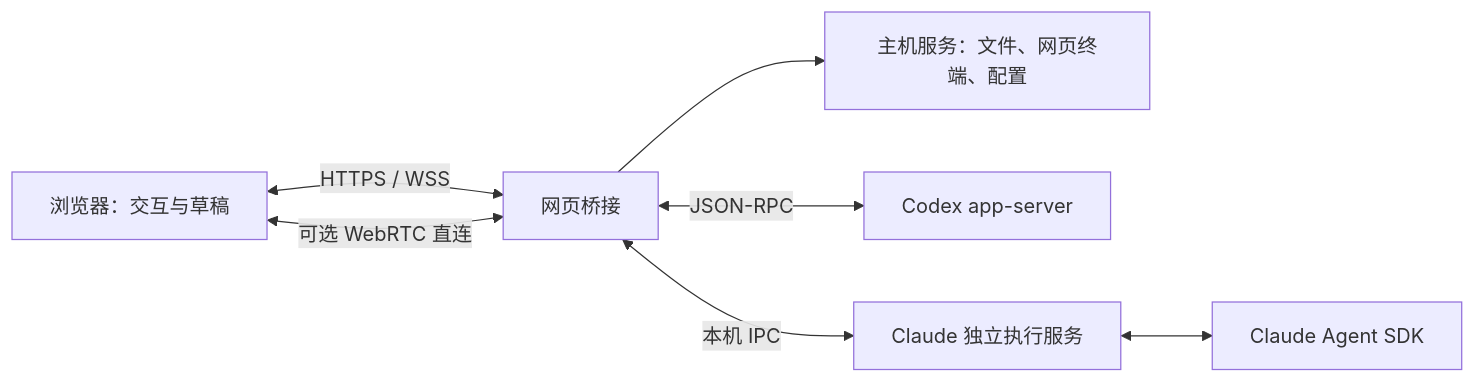
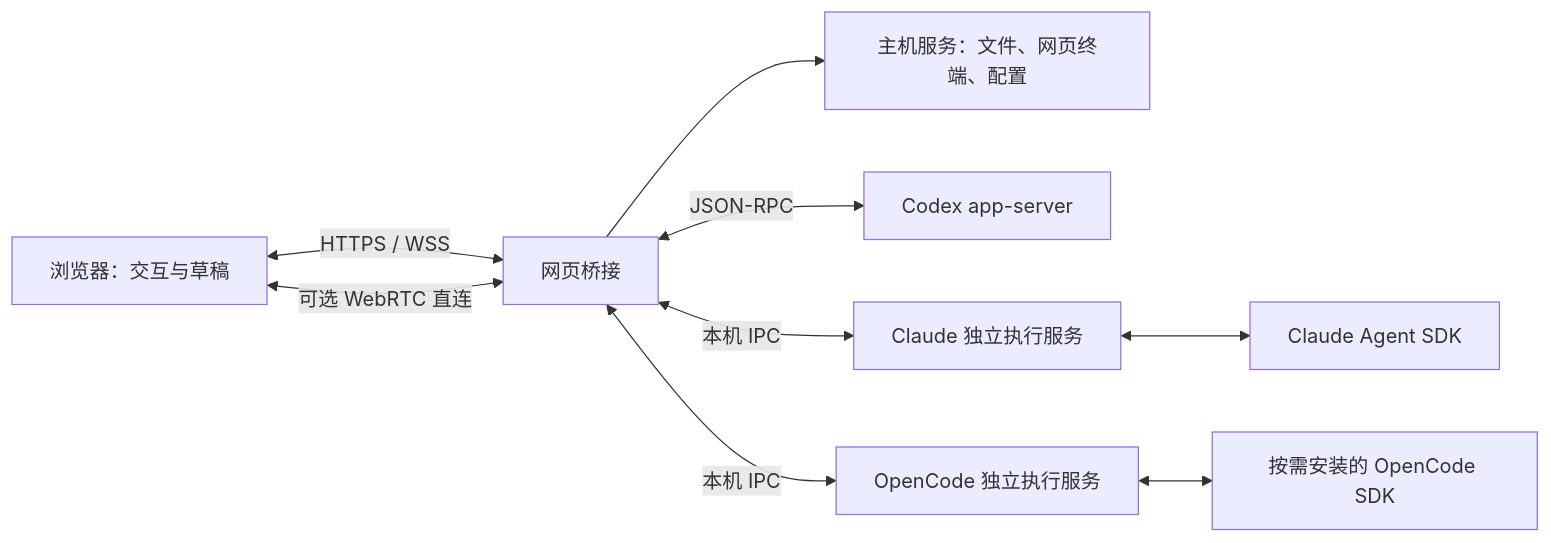
One commit to hjd-hitsz/claudex-web changed the diagram in docs/architecture.md. Above: the diagram before and after it, drawn with Mermaid. The commit also changed other lines of this file and 94 other files, not shown here.

````diff
--- a/docs/architecture.md
+++ b/docs/architecture.md
@@ -9,9 +9,11 @@
 ```mermaid
 flowchart LR
   Browser[浏览器：交互与草稿] <-->|HTTPS / WSS| Web[网页桥接]
   Browser <-->|可选 WebRTC 直连| Web
   Web --> Host[主机服务：文件、网页终端、配置]
   Web <-->|JSON-RPC| Codex[Codex app-server]
   Web <-->|本机 IPC| Worker[Claude 独立执行服务]
   Worker <--> SDK[Claude Agent SDK]
+  Web <-->|本机 IPC| OCWorker[OpenCode 独立执行服务]
+  OCWorker <--> OCSDK[按需安装的 OpenCode SDK]
 ```
````
